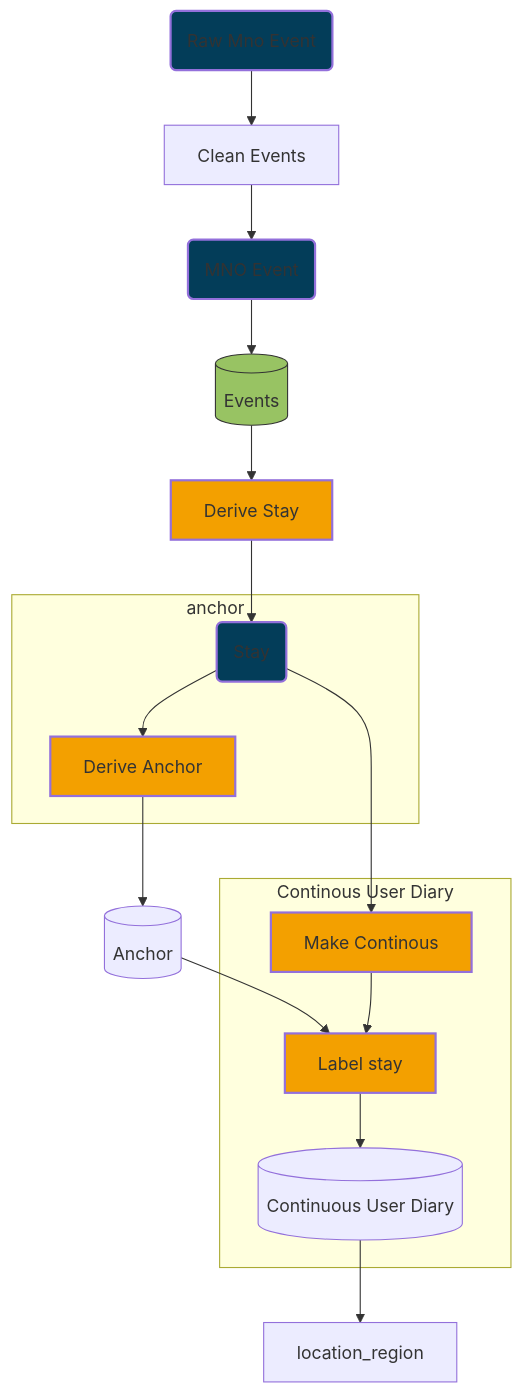
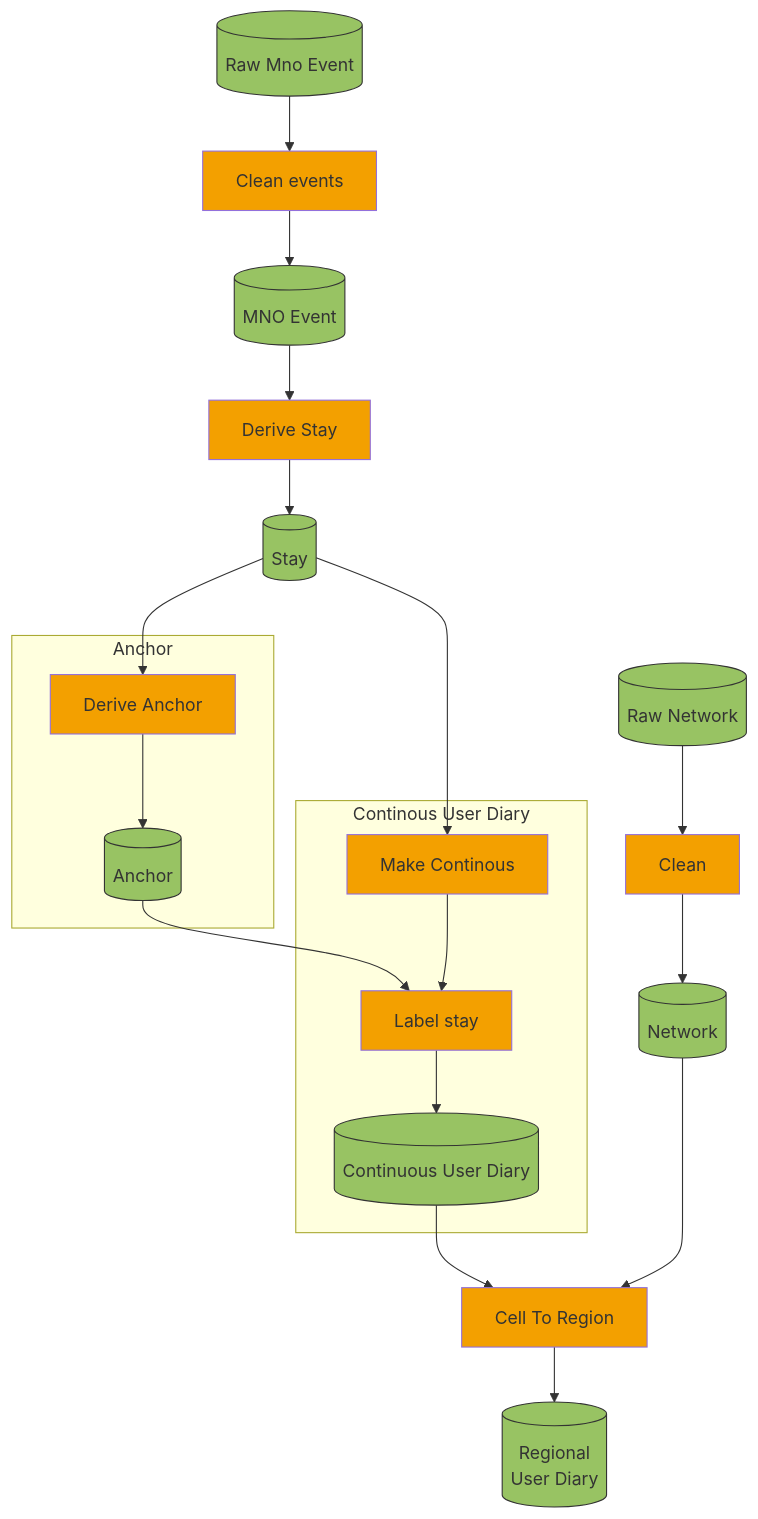
One commit to djvanderlaan/pipeline changed the diagram in overall.md. Above: the diagram before and after it, drawn with Mermaid.

Commit message:
cells_to_region.md

````diff
--- a/overall.md
+++ b/overall.md
@@ -26,41 +26,55 @@
 ```mermaid
 
 
 flowchart TD
 
-classDef data fill:#033d59,stroke-width:2px;
-classDef process fill:#f3a000,stroke-width:2px;
-classDef db fill:#98c363,stroke:#333333;
+classDef data fill:#033d59,stroke-width:1px, color:#333333;
+classDef process fill:#f3a000,stroke-width:1px,color:#333333;
+classDef db fill:#98c363,stroke:#333333,color:#333333;
 
-rawevent("Raw Mno Event"):::data
-event:data("MNO Event"):::data
-stay("Stay"):::data
-event:db[("Events")]:::db
-anchor_db[("Anchor")]
-cud_db[("Continuous User Diary")]
+RawEvent[("Raw Mno Event")]:::db
+Event[("MNO Event")]:::db
+
+Stay[("Stay")]:::db
+
+anchor_db[("Anchor")]:::db
+cud_db[("Continuous User Diary")]:::db
 
 derive_stay["Derive Stay"]:::process
 derive_achor["Derive Anchor"]:::process
 make_cont["Make Continous"]:::process
 label["Label stay"]:::process
 
-rawevent --> CleanUp["Clean Events"] --> event:data
-event:data --> event:db
-event:db --> derive_stay --> stay
 
-subgraph anchor
-stay --> derive_achor
+clean_up["Clean events"]:::process
+
+RawEvent --> clean_up --> Event
+Event --> derive_stay --> Stay
+Stay --> derive_achor
+
+subgraph Anchor
+derive_achor --> anchor_db
 end
 
-derive_achor --> anchor_db
 anchor_db --> label
 
+Stay --> make_cont
 subgraph cud["Continous User Diary"]
-stay --> make_cont --> label
+make_cont --> label
 label --> cud_db
 end
 
-cud_db --> location_region
+cells_to_region["Cell To Region"]:::process
+cud_db --> cells_to_region
 
+RawNetwork[("Raw Network")]:::db
+Network[("Network")]:::db 
+clean_network["Clean"]:::process
+
+RegionCud[("Regional \n User Diary")]:::db
+
+RawNetwork --> clean_network --> Network
+Network ---> cells_to_region
+cells_to_region --> RegionCud
 
 ```
````
